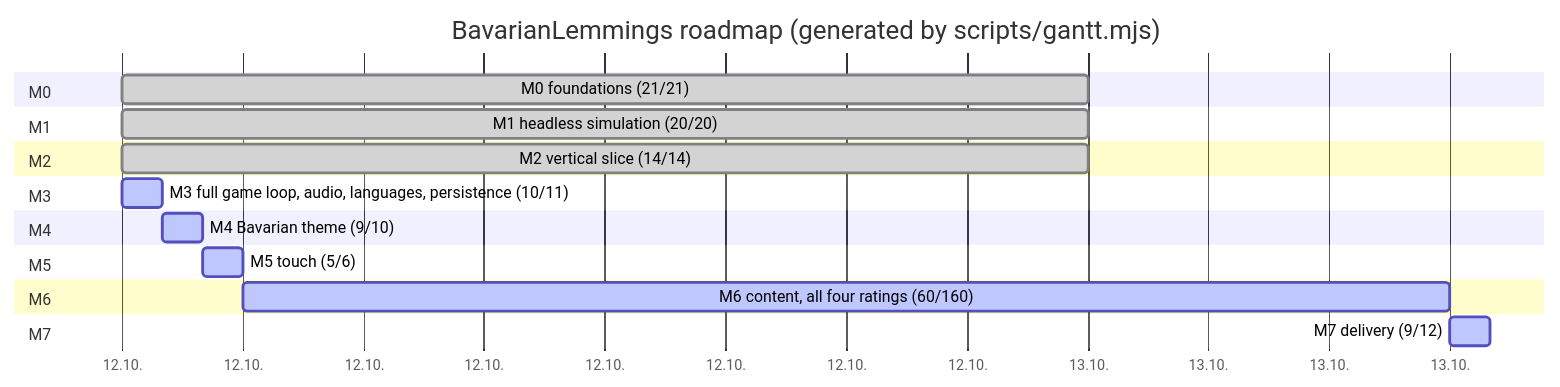
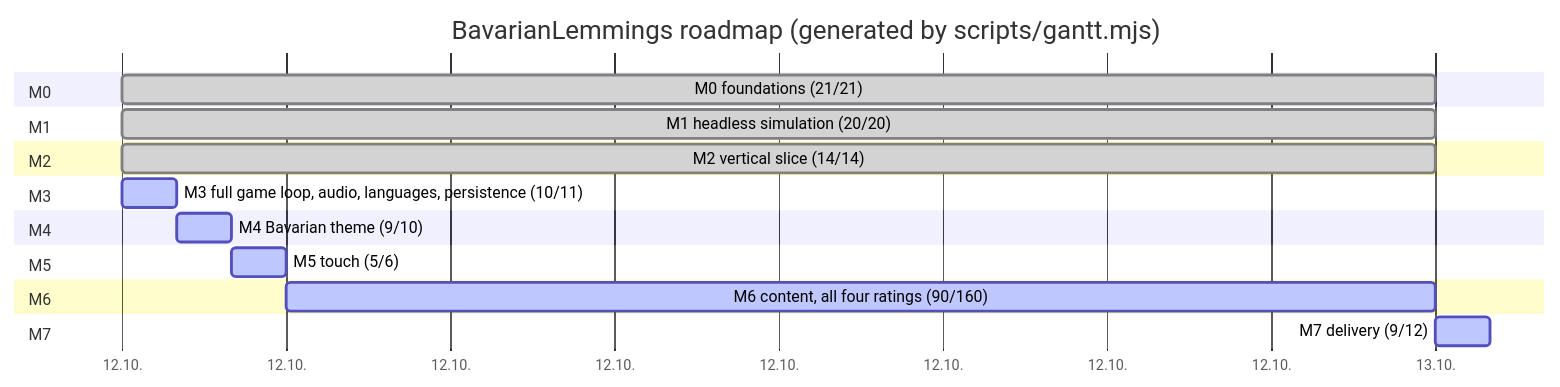
One commit to marcelpetrick/BavarianLemmings changed the diagram in plan.md. Above: the diagram before and after it, drawn with Mermaid. The commit also changed other lines of this file and 5 other files, not shown here.

````diff
--- a/plan.md
+++ b/plan.md
@@ -43,22 +43,22 @@
 ```mermaid
 gantt
     title BavarianLemmings roadmap (generated by scripts/gantt.mjs)
     dateFormat  YYYY-MM-DD
     axisFormat  %d.%m.
     section M0
     M0 foundations (21/21) :done, m0, 2026-10-12, 1d
     section M1
     M1 headless simulation (20/20) :done, m1, 2026-10-12, 1d
     section M2
     M2 vertical slice (14/14) :done, m2, 2026-10-12, 1d
     section M3
     M3 full game loop, audio, languages, persistence (10/11) :active, m3, 2026-10-12, 1h
     section M4
     M4 Bavarian theme (9/10) :active, m4, after m3, 1h
     section M5
     M5 touch (5/6) :active, m5, after m4, 1h
     section M6
-    M6 content, all four ratings (60/160) :active, m6, after m5, 30h
+    M6 content, all four ratings (90/160) :active, m6, after m5, 21h
     section M7
     M7 delivery (9/12) :active, m7, after m6, 1h
 ```
````
